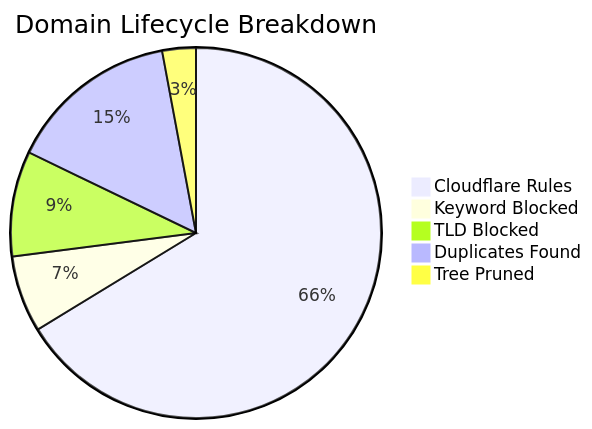
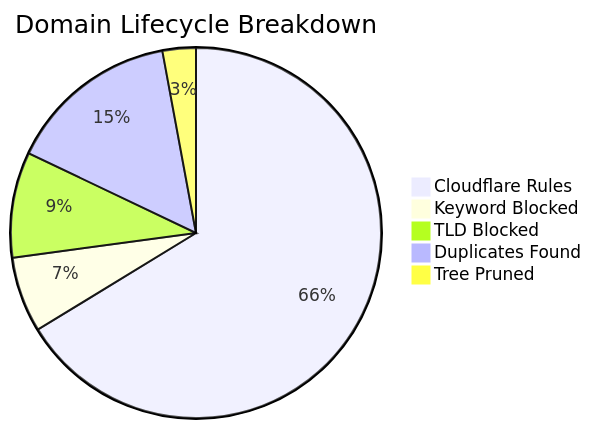
Before and after one commit to brojangles24/Cloudflare-ZeroTrust-AdBlock: the diagram in README_STATS.md, drawn with Mermaid. The commit also changed other lines of this file and 1 other file, not shown here.

````diff
--- a/README_STATS.md
+++ b/README_STATS.md
@@ -5,8 +5,8 @@
 ```mermaid
 pie title Domain Lifecycle Breakdown
-    "Cloudflare Rules" : 277582
-    "Keyword Blocked" : 28013
-    "TLD Blocked" : 38462
-    "Duplicates Found" : 62460
-    "Tree Pruned" : 12286
+    "Cloudflare Rules" : 279946
+    "Keyword Blocked" : 27836
+    "TLD Blocked" : 38929
+    "Duplicates Found" : 63418
+    "Tree Pruned" : 12291
 ```
````
